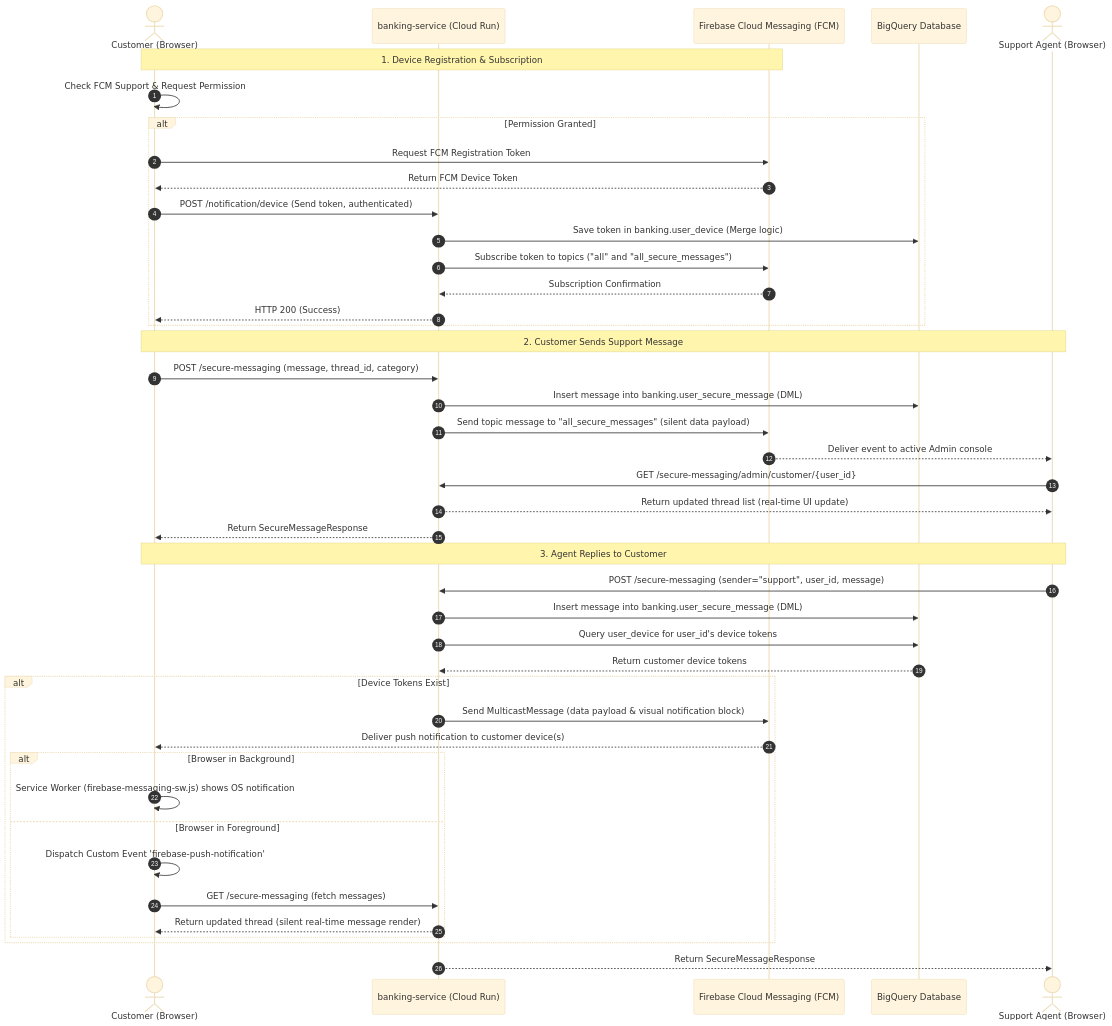
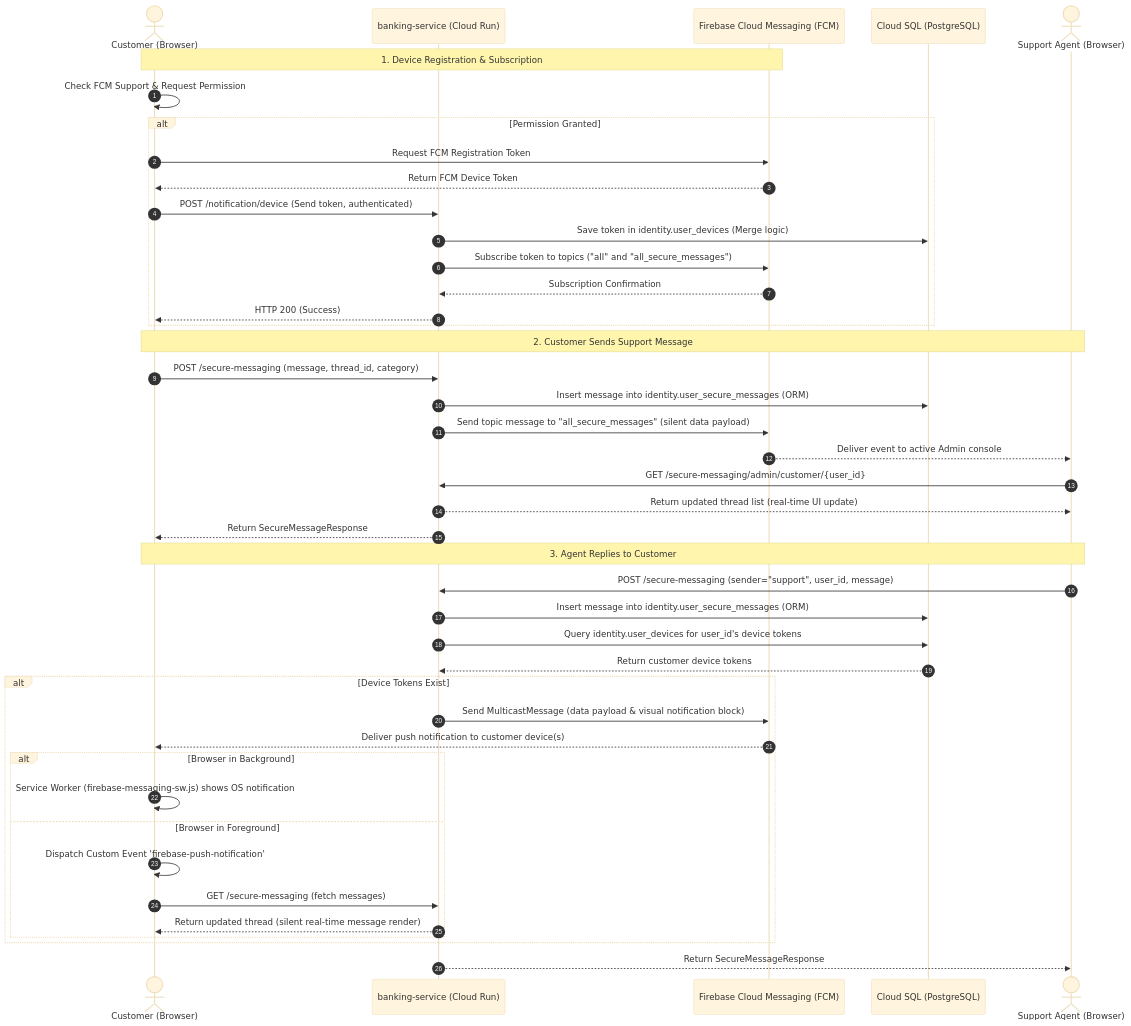
One commit to GoogleCloudPlatform/fsi-gecx-bundle changed the diagram in docs/architecture/secure_messaging_backend_integration.md. Above: the diagram before and after it, drawn with Mermaid (base theme). The commit also changed other lines of this file and 3 other files, not shown here.

Commit message:
docs(architecture): align architecture diagrams and schemas with hybrid PostgreSQL migration and add comprehensive data layer deep-dive

````diff
--- a/docs/architecture/secure_messaging_backend_integration.md
+++ b/docs/architecture/secure_messaging_backend_integration.md
@@ -11,51 +11,51 @@
 ```mermaid
 sequenceDiagram
     autonumber
     actor Customer as Customer (Browser)
     participant API as banking-service (Cloud Run)
     participant FCM as Firebase Cloud Messaging (FCM)
-    participant BQ as BigQuery Database
+    participant PG as Cloud SQL (PostgreSQL)
     actor Agent as Support Agent (Browser)
 
     %% Phase 1: Device Registration
     Note over Customer, FCM: 1. Device Registration & Subscription
     Customer->>Customer: Check FCM Support & Request Permission
     alt Permission Granted
         Customer->>FCM: Request FCM Registration Token
         FCM-->>Customer: Return FCM Device Token
         Customer->>API: POST /notification/device (Send token, authenticated)
-        API->>BQ: Save token in banking.user_device (Merge logic)
+        API->>PG: Save token in identity.user_devices (Merge logic)
         API->>FCM: Subscribe token to topics ("all" and "all_secure_messages")
         FCM-->>API: Subscription Confirmation
         API-->>Customer: HTTP 200 (Success)
     end
 
     %% Phase 2: Customer sends message
     Note over Customer, Agent: 2. Customer Sends Support Message
     Customer->>API: POST /secure-messaging (message, thread_id, category)
-    API->>BQ: Insert message into banking.user_secure_message (DML)
+    API->>PG: Insert message into identity.user_secure_messages (ORM)
     API->>FCM: Send topic message to "all_secure_messages" (silent data payload)
     FCM-->>Agent: Deliver event to active Admin console
     Agent->>API: GET /secure-messaging/admin/customer/{user_id}
     API-->>Agent: Return updated thread list (real-time UI update)
     API-->>Customer: Return SecureMessageResponse
 
     %% Phase 3: Agent replies
     Note over Agent, Customer: 3. Agent Replies to Customer
     Agent->>API: POST /secure-messaging (sender="support", user_id, message)
-    API->>BQ: Insert message into banking.user_secure_message (DML)
-    API->>BQ: Query user_device for user_id's device tokens
-    BQ-->>API: Return customer device tokens
+    API->>PG: Insert message into identity.user_secure_messages (ORM)
+    API->>PG: Query identity.user_devices for user_id's device tokens
+    PG-->>API: Return customer device tokens
     alt Device Tokens Exist
         API->>FCM: Send MulticastMessage (data payload & visual notification block)
         FCM-->>Customer: Deliver push notification to customer device(s)
         alt Browser in Background
             Customer->>Customer: Service Worker (firebase-messaging-sw.js) shows OS notification
         else Browser in Foreground
             Customer->>Customer: Dispatch Custom Event 'firebase-push-notification'
             Customer->>API: GET /secure-messaging (fetch messages)
             API-->>Customer: Return updated thread (silent real-time message render)
         end
     end
     API-->>Agent: Return SecureMessageResponse
 ```
````
